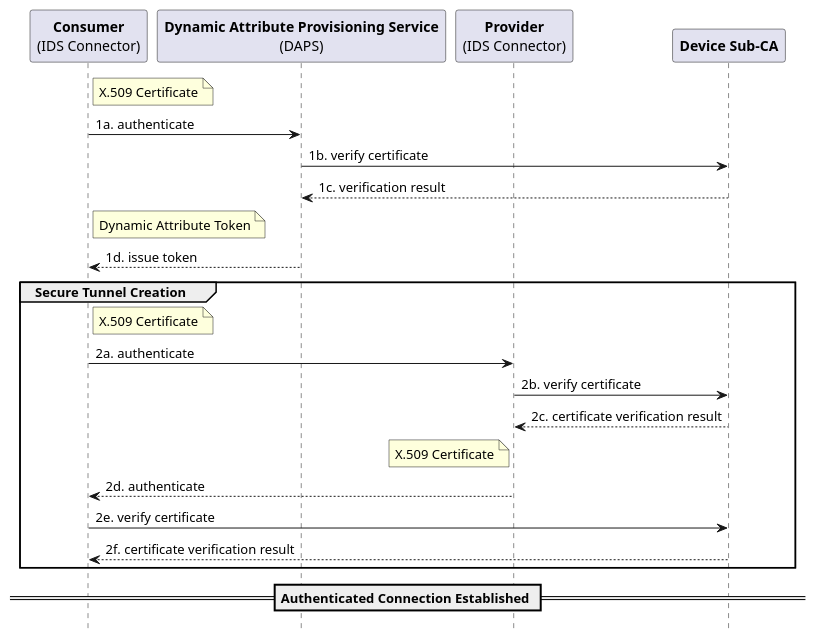
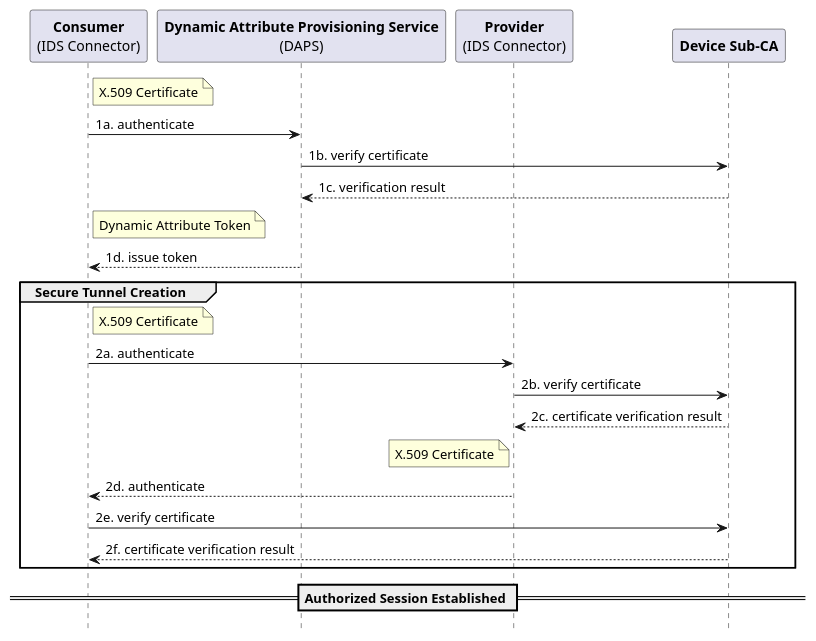
The diagram in establish_authenticated_connection.plantuml (IndustrialDataSpace/Documentation), drawn with PlantUML before and after one commit. The commit also changed 4 other files, not shown here.

```diff
--- a/establish_authenticated_connection.plantuml
+++ b/establish_authenticated_connection.plantuml
@@ -1,37 +1,37 @@
 @startuml
 
 hide footbox
 
 participant "**Consumer**\n(IDS Connector)" as C
 participant "**Dynamic Attribute Provisioning Service**\n(DAPS)" as DAPS
 participant "**Provider**\n(IDS Connector)" as P
 participant "**Device Sub-CA**" as DSC
 
 note right of C: X.509 Certificate
 C -> DAPS: 1a. authenticate
 
 DAPS -> DSC: 1b. verify certificate
 DSC --> DAPS: 1c. verification result
 
 note right of C: Dynamic Attribute Token
 DAPS --> C: 1d. issue token
 
 group Secure Tunnel Creation
 
 note right of C: X.509 Certificate
 C -> P: 2a. authenticate
 
 P -> DSC: 2b. verify certificate
 DSC --> P: 2c. certificate verification result
 
 note left of P: X.509 Certificate
 P --> C: 2d. authenticate
 
 C -> DSC: 2e. verify certificate
 DSC --> C: 2f. certificate verification result
 
 end
 
-== Authenticated Connection Established ==
+== Authorized Session Established ==
 
 @enduml
```
